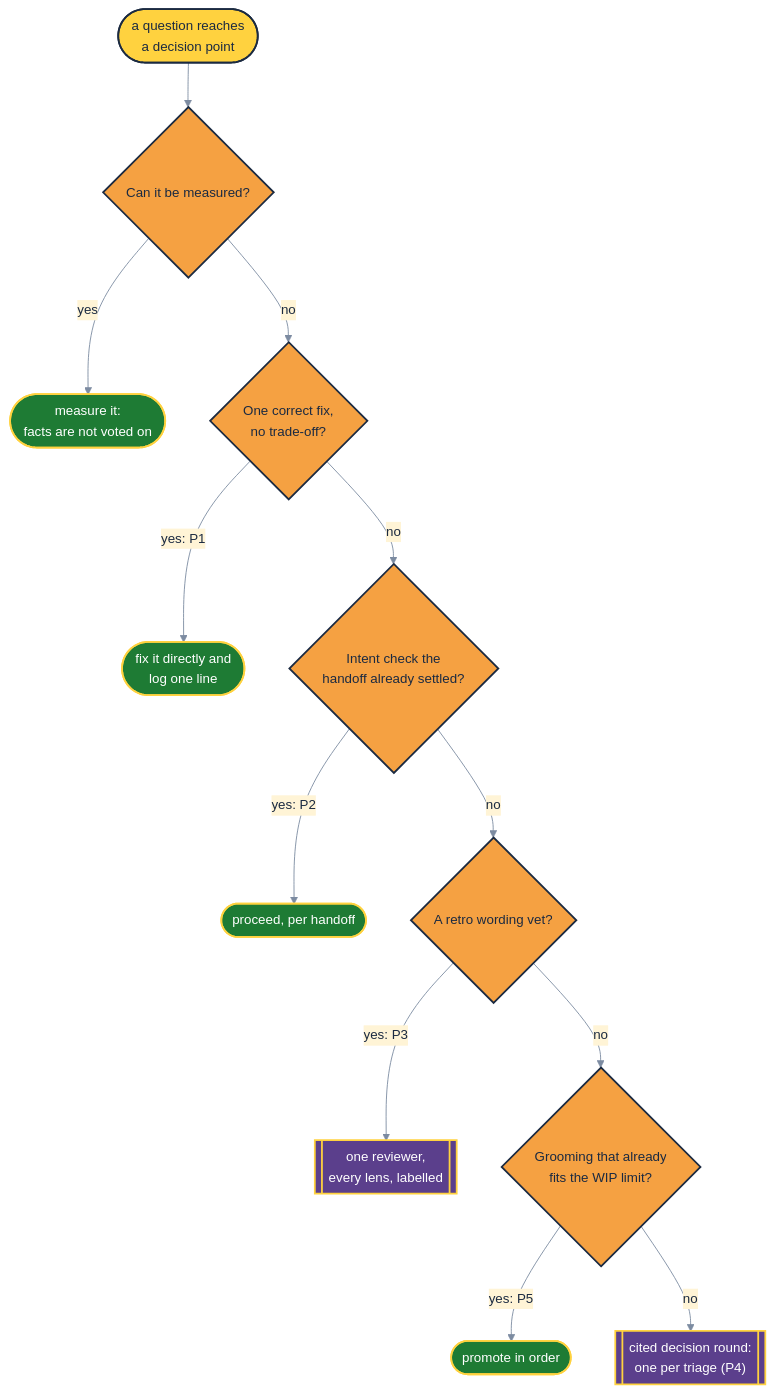
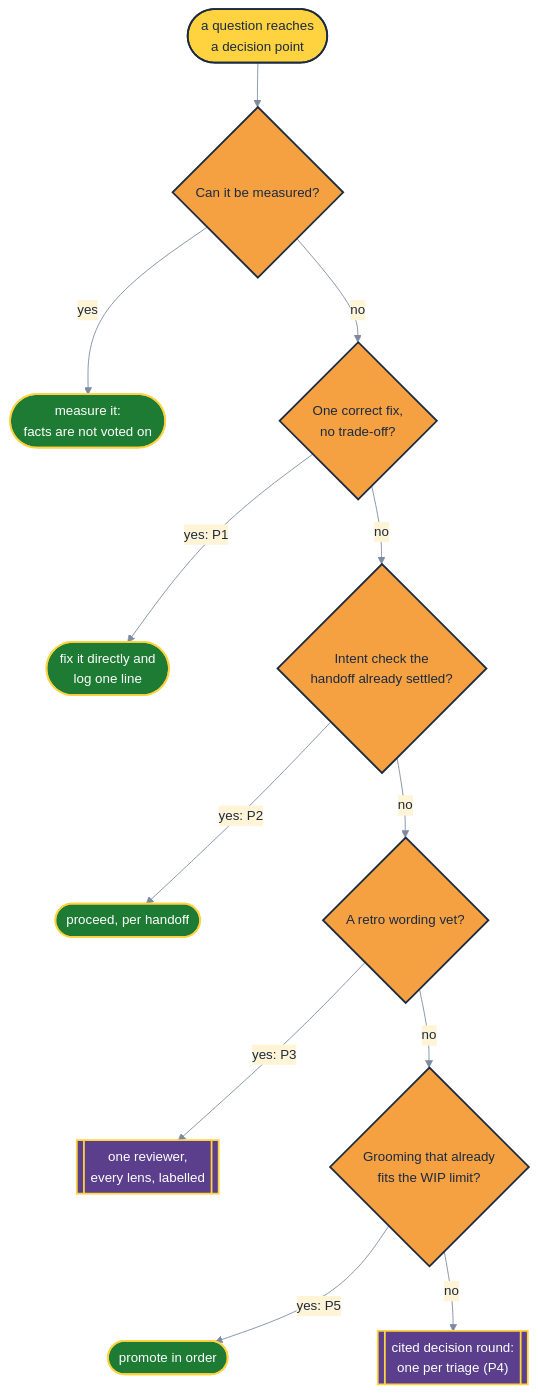
The third of 3 diagrams in docs/panel.md (RubberDuckEngineering/ai-did-it), drawn with Mermaid before and after one commit. The commit also changed other lines of this file and 16 other files, not shown here.

````diff
--- a/docs/panel.md
+++ b/docs/panel.md
@@ -116,19 +118,20 @@
 ```mermaid
-%%{init: {"theme": "base", "themeVariables": {"fontSize": "15px", "primaryColor": "#FFF4D6", "primaryTextColor": "#1B2A41", "primaryBorderColor": "#1B2A41", "textColor": "#1B2A41", "lineColor": "#7C8BA1", "edgeLabelBackground": "#FFF4D6", "clusterBkg": "#1B2A41", "clusterBorder": "#FFD23F", "titleColor": "#FFD23F"}}}%%
+%%{init: {"theme": "base", "themeVariables": {"fontSize": "15px", "primaryColor": "#FFF4D6", "primaryTextColor": "#1B2A41", "primaryBorderColor": "#1B2A41", "textColor": "#1B2A41", "lineColor": "#7C8BA1", "edgeLabelBackground": "#FFF4D6", "clusterBkg": "#1B2A41", "clusterBorder": "#FFD23F", "titleColor": "#FFD23F"}, "flowchart": {"diagramPadding": 8}}}%%
 flowchart TB
     Q(["a question reaches<br/>a decision point"]):::duck --> FACT{"Can it be measured?"}:::gate
     FACT -->|"yes"| MEASURE(["measure it:<br/>facts are not voted on"]):::ok
     FACT -->|"no"| MECH{"One correct fix,<br/>no trade-off?"}:::gate
     MECH -->|"yes: P1"| FIX(["fix it directly and<br/>log one line"]):::ok
     MECH -->|"no"| INTENT{"Intent check the<br/>handoff already settled?"}:::gate
     INTENT -->|"yes: P2"| PROCEED(["proceed, per handoff"]):::ok
     INTENT -->|"no"| VET{"A retro wording vet?"}:::gate
     VET -->|"yes: P3"| ONE[["one reviewer,<br/>every lens, labelled"]]:::panel
     VET -->|"no"| GROOM{"Grooming that already<br/>fits the WIP limit?"}:::gate
     GROOM -->|"yes: P5"| ORDER(["promote in order"]):::ok
     GROOM -->|"no"| ROUND[["cited decision round:<br/>one per triage (P4)"]]:::panel
+    MEASURE ~~~ FIX ~~~ PROCEED ~~~ ONE ~~~ ORDER
     classDef duck fill:#FFD23F,color:#1B2A41,stroke:#1B2A41,stroke-width:2px
     classDef gate fill:#F5A142,color:#1B2A41,stroke:#1B2A41,stroke-width:2px
     classDef panel fill:#5B3F8C,color:#FFFFFF,stroke:#FFD23F,stroke-width:2px
     classDef ok fill:#1E7B34,color:#FFFFFF,stroke:#FFD23F,stroke-width:2px
 ```
````
